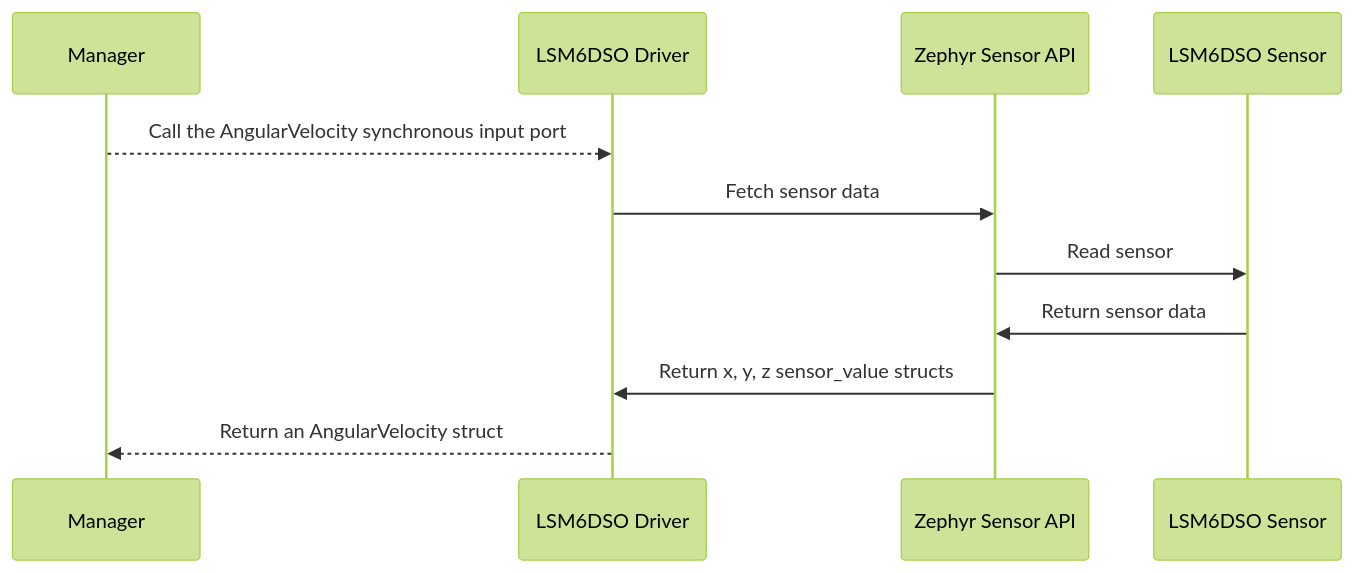
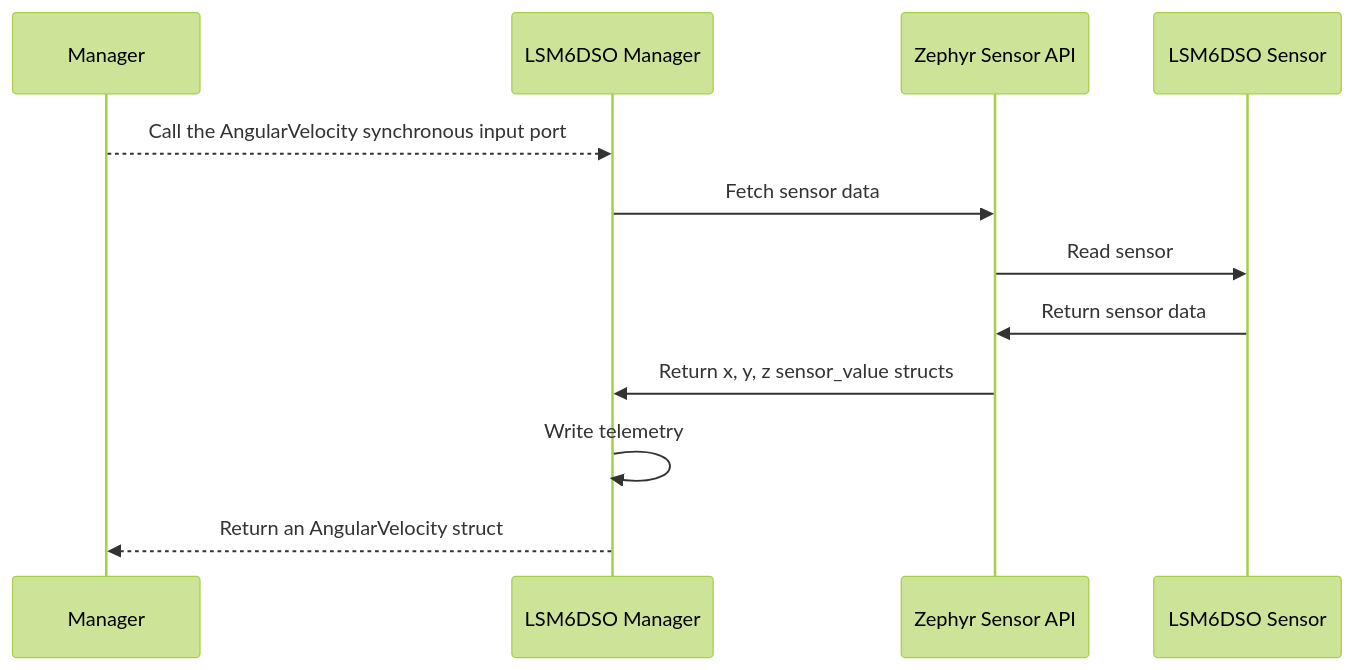
Before and after one commit to Open-Source-Space-Foundation/proves-core-reference: the third of 4 diagrams in FprimeZephyrReference/Components/Drv/Lsm6dsoManager/docs/sdd.md, drawn with Mermaid (forest theme). The commit also changed other lines of this file and 11 other files, not shown here.

Commit message:
clear throttle, configure lsm6 sensor, read->get

````diff
--- a/FprimeZephyrReference/Components/Drv/Lsm6dsoManager/docs/sdd.md
+++ b/FprimeZephyrReference/Components/Drv/Lsm6dsoManager/docs/sdd.md
@@ -63,14 +65,15 @@
 ```mermaid
 sequenceDiagram
     participant Manager
-    participant LSM6DSO Driver
+    participant LSM6DSO Manager
     participant Zephyr Sensor API
     participant LSM6DSO Sensor
 
-    Manager-->>LSM6DSO Driver: Call the AngularVelocity synchronous input port
-    LSM6DSO Driver->>Zephyr Sensor API: Fetch sensor data
+    Manager-->>LSM6DSO Manager: Call the AngularVelocity synchronous input port
+    LSM6DSO Manager->>Zephyr Sensor API: Fetch sensor data
     Zephyr Sensor API->>LSM6DSO Sensor: Read sensor
     LSM6DSO Sensor->>Zephyr Sensor API: Return sensor data
-    Zephyr Sensor API->>LSM6DSO Driver: Return x, y, z sensor_value structs
-    LSM6DSO Driver-->>Manager: Return an AngularVelocity struct
+    Zephyr Sensor API->>LSM6DSO Manager: Return x, y, z sensor_value structs
+    LSM6DSO Manager->>LSM6DSO Manager: Write telemetry
+    LSM6DSO Manager-->>Manager: Return an AngularVelocity struct
 ```
````
